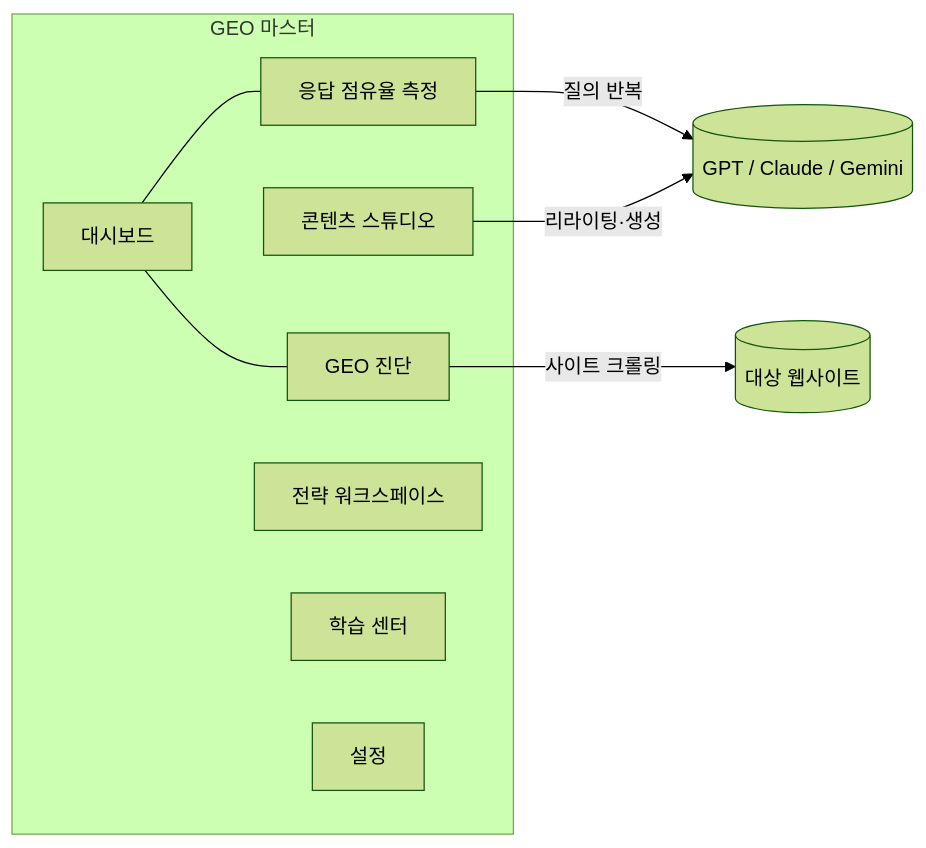
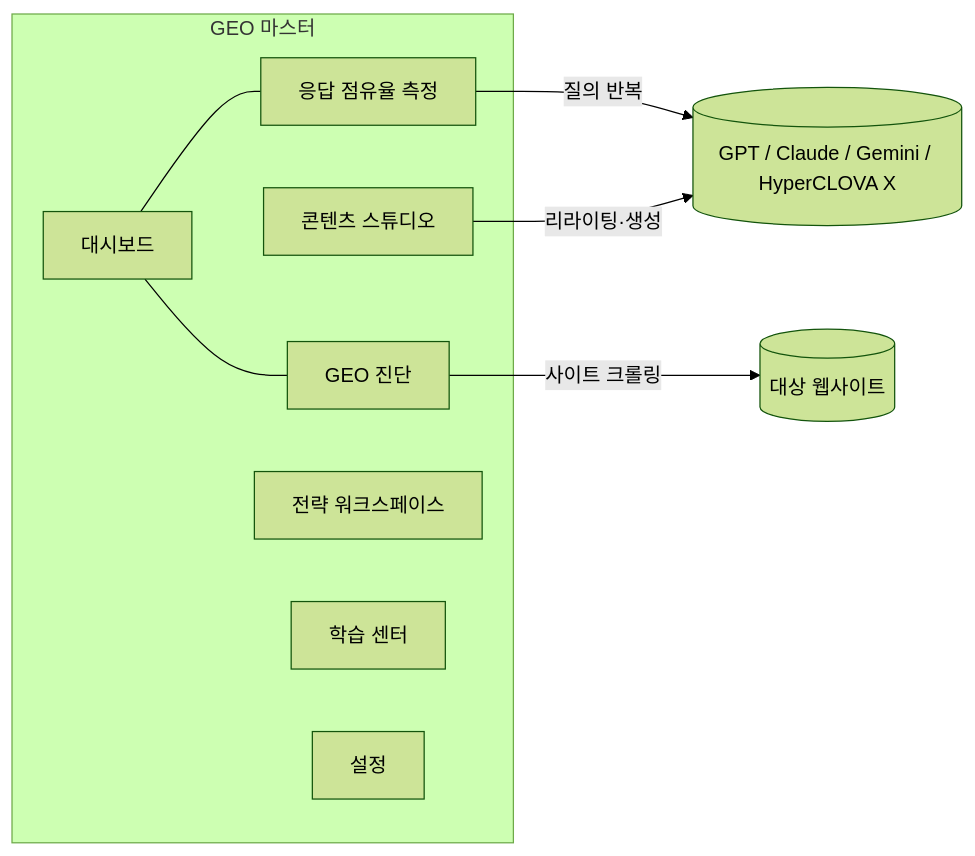
The diagram in GEO_마스터_앱_계획.md (leecg39/GEO_master), drawn with Mermaid (forest theme) before and after one commit. The commit also changed other lines of this file and 35 other files, not shown here.

Commit message:
feat: complete GEO roadmap extensions

````diff
--- a/GEO_마스터_앱_계획.md
+++ b/GEO_마스터_앱_계획.md
@@ -81,17 +81,17 @@
 ```mermaid
 flowchart LR
     subgraph app [GEO 마스터]
         dash[대시보드]
         audit[GEO 진단]
         share[응답 점유율 측정]
         studio[콘텐츠 스튜디오]
         strategy[전략 워크스페이스]
         learn[학습 센터]
         settings[설정]
     end
     audit -->|사이트 크롤링| web[(대상 웹사이트)]
-    share -->|질의 반복| llm[(GPT / Claude / Gemini)]
+    share -->|질의 반복| llm[(GPT / Claude / Gemini / HyperCLOVA X)]
     studio -->|리라이팅·생성| llm
     dash --- share
     dash --- audit
 ```
````
